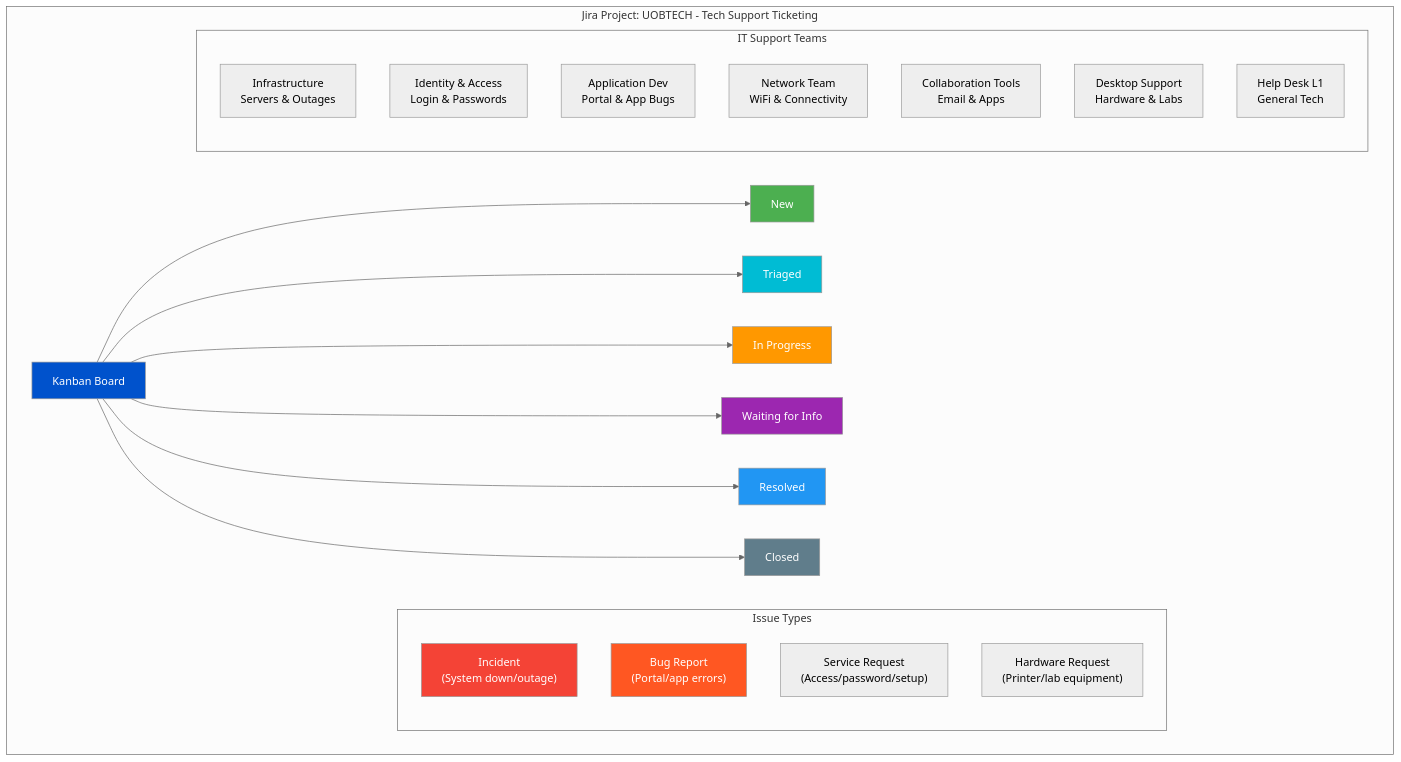
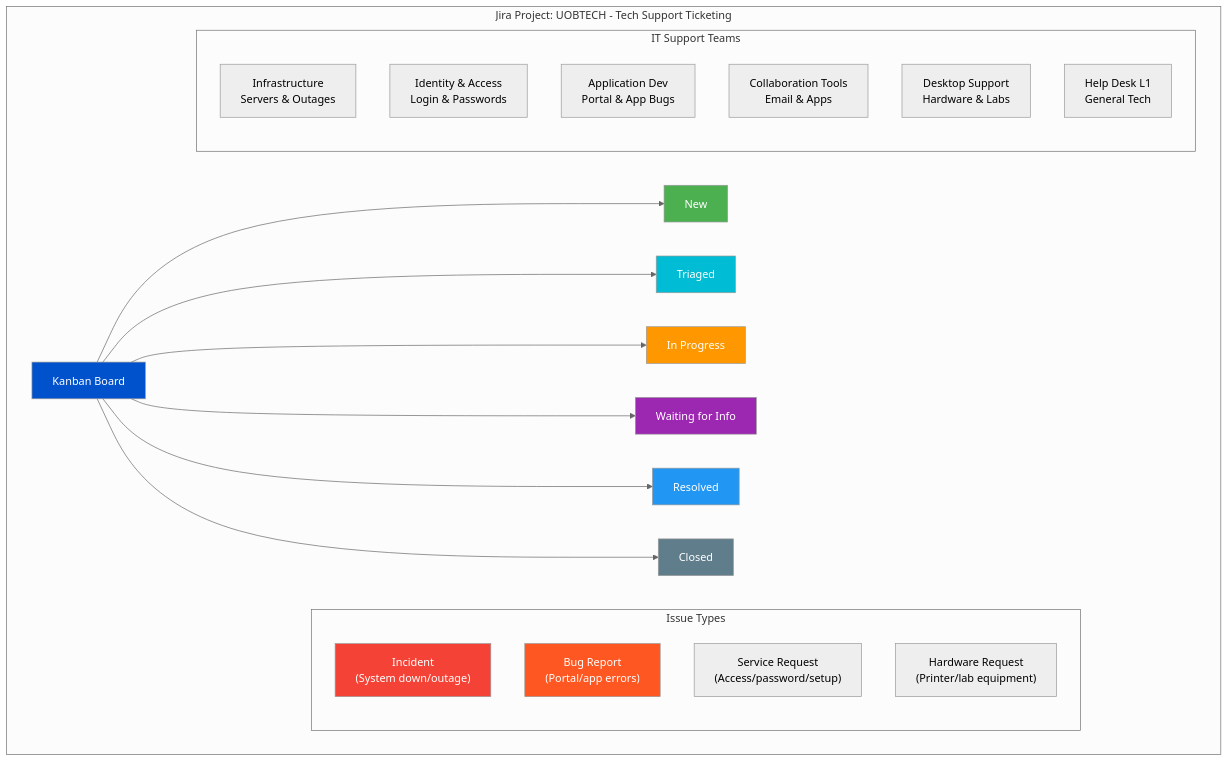
Before and after one commit to xAbdullaShaker/Jira-AI: the tenth of 13 diagrams in ARCHITECTURE.md, drawn with Mermaid (neutral theme). The commit also changed other lines of this file and 1 other file, not shown here.

First line of the commit message:
Remove network/WiFi from tech support categories

````diff
--- a/ARCHITECTURE.md
+++ b/ARCHITECTURE.md
@@ -294,40 +293,39 @@
 ```mermaid
 graph TD
     subgraph JiraProject["Jira Project: UOBTECH - Tech Support Ticketing"]
         Board[Kanban Board]
         
         Board --> New[New]
         Board --> Triaged[Triaged]
         Board --> InProgress[In Progress]
         Board --> Waiting[Waiting for Info]
         Board --> Resolved[Resolved]
         Board --> Closed[Closed]
         
         subgraph IssueTypes["Issue Types"]
             Incident["Incident\n(System down/outage)"]
             Bug["Bug Report\n(Portal/app errors)"]
             SR["Service Request\n(Access/password/setup)"]
             HW["Hardware Request\n(Printer/lab equipment)"]
         end
         
         subgraph ITTeams["IT Support Teams"]
             Infra["Infrastructure\nServers & Outages"]
             IAM["Identity & Access\nLogin & Passwords"]
             AppDev["Application Dev\nPortal & App Bugs"]
-            Network["Network Team\nWiFi & Connectivity"]
             Collab["Collaboration Tools\nEmail & Apps"]
             Desktop["Desktop Support\nHardware & Labs"]
             L1["Help Desk L1\nGeneral Tech"]
         end
     end
 
     style Board fill:#0052CC,color:#fff
     style New fill:#4CAF50,color:#fff
     style Triaged fill:#00BCD4,color:#fff
     style InProgress fill:#FF9800,color:#fff
     style Waiting fill:#9C27B0,color:#fff
     style Resolved fill:#2196F3,color:#fff
     style Closed fill:#607D8B,color:#fff
     style Incident fill:#f44336,color:#fff
     style Bug fill:#FF5722,color:#fff
 ```
````
